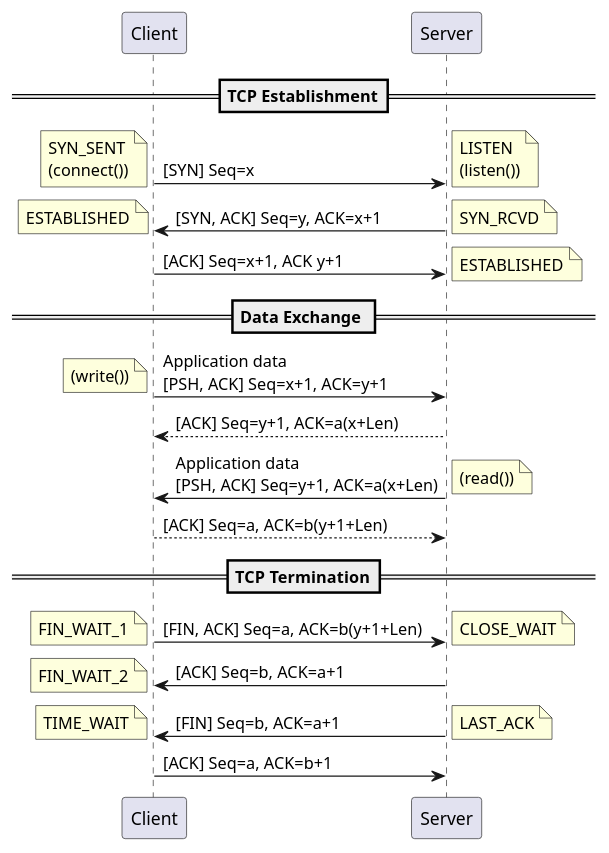
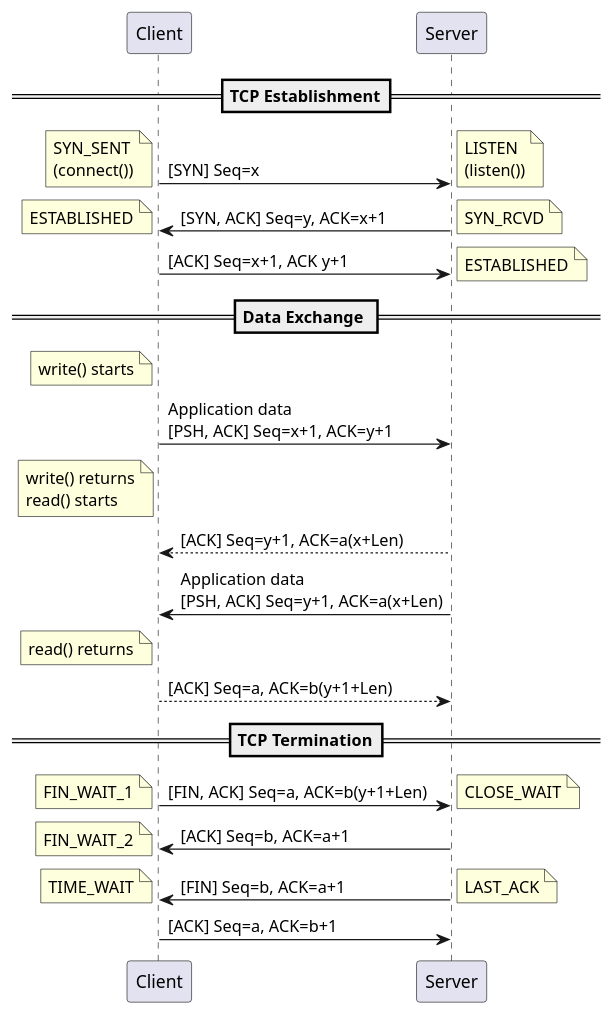
Before and after one commit to yidas/web-service-protocols: the diagram in tcp/detailed-flow.plantuml, drawn with PlantUML.

```diff
--- a/tcp/detailed-flow.plantuml
+++ b/tcp/detailed-flow.plantuml
@@ -1,33 +1,34 @@
 @startuml
 participant "Client" as c
 participant "Server" as s
 
 == TCP Establishment==
 c->s: [SYN] Seq=x
 note left: SYN_SENT\n(connect())
 note right: LISTEN\n(listen())
 s->c: [SYN, ACK] Seq=y, ACK=x+1
 note right: SYN_RCVD
 note left: ESTABLISHED
 c->s: [ACK] Seq=x+1, ACK y+1
 note right: ESTABLISHED
 == Data Exchange ==
+note left c: write() starts
 c->s: Application data\n[PSH, ACK] Seq=x+1, ACK=y+1
-note left: (write())
+note left c: write() returns\nread() starts
 s-->c: [ACK] Seq=y+1, ACK=a(x+Len)
 s->c: Application data\n[PSH, ACK] Seq=y+1, ACK=a(x+Len)
-note right: (read())
+note left c: read() returns
 c-->s: [ACK] Seq=a, ACK=b(y+1+Len)
 ==TCP Termination==
 c->s: [FIN, ACK] Seq=a, ACK=b(y+1+Len)
 note left: FIN_WAIT_1
 note right: CLOSE_WAIT
 s->c: [ACK] Seq=b, ACK=a+1
 note left: FIN_WAIT_2
 s->c: [FIN] Seq=b, ACK=a+1
 note right: LAST_ACK
 note left: TIME_WAIT
 c->s: [ACK] Seq=a, ACK=b+1
 
 
 @enduml
```
